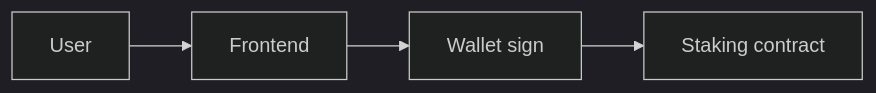
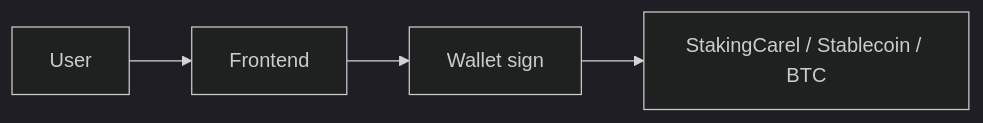
The fifth of 6 diagrams in README.md (ntfound-dev/zkcarel_protocol), drawn with Mermaid (dark theme) before and after one commit. The commit also changed other lines of this file and 1 other file, not shown here.

Commit message:
docs: tighten architecture diagram precision

````diff
--- a/README.md
+++ b/README.md
@@ -191,6 +190,6 @@
 ```mermaid
 flowchart LR
   U[User] --> FE[Frontend]
   FE --> W[Wallet sign]
-  W --> STAKE[Staking contract]
+  W --> STAKE[StakingCarel / Stablecoin / BTC]
 ```
````
